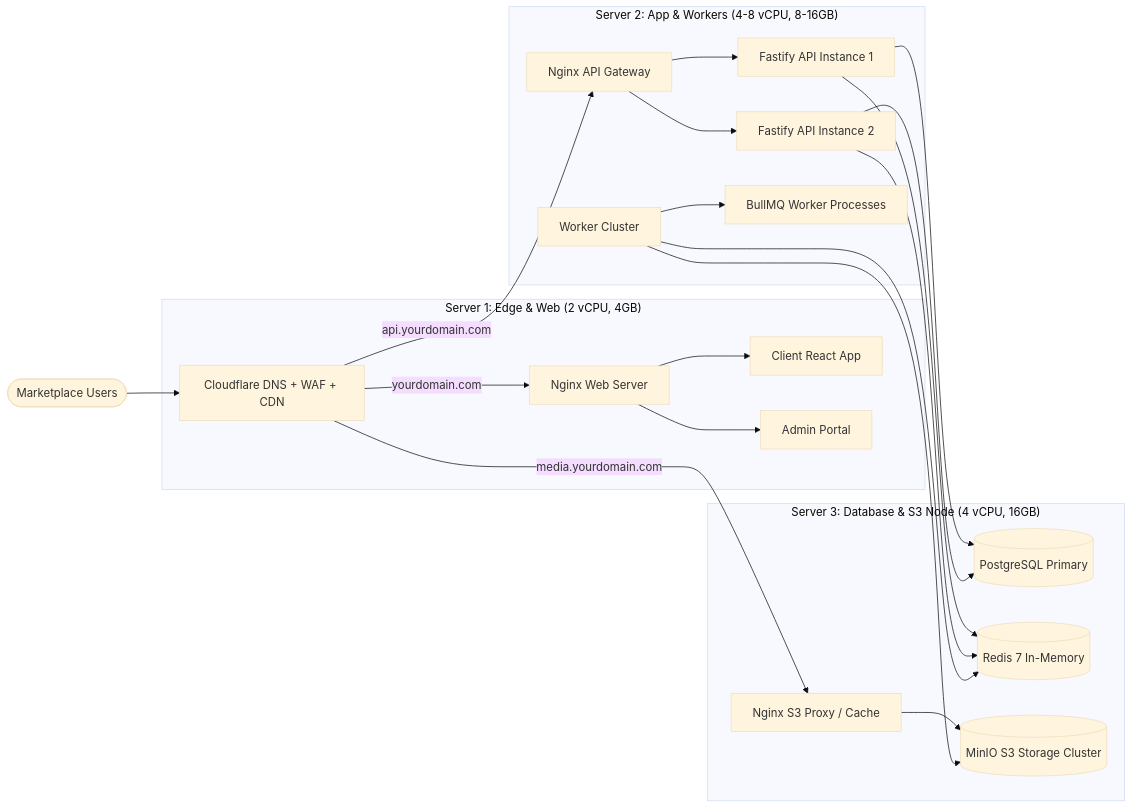
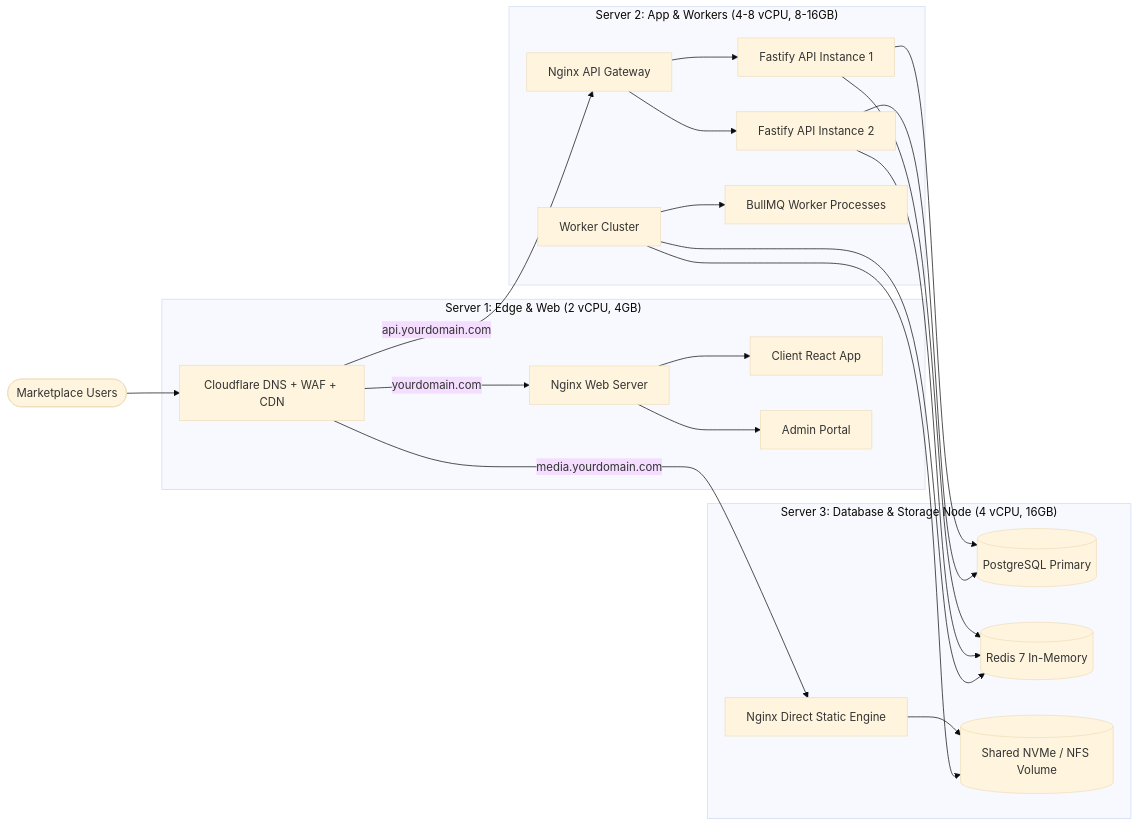
Before and after one commit to bnintelhub/olx: the second of 2 diagrams in docs/DEPLOYMENT_STRATEGY.md, drawn with Mermaid (base theme). The commit also changed other lines of this file and 79 other files, not shown here.

First line of the commit message:
feat(chat,media): optimize realtime chat, shared socket & media service

````diff
--- a/docs/DEPLOYMENT_STRATEGY.md
+++ b/docs/DEPLOYMENT_STRATEGY.md
@@ -75,32 +72,32 @@
 ```mermaid
 flowchart LR
     Users([Marketplace Users]) --> Cloudflare[Cloudflare DNS + WAF + CDN]
 
     subgraph NodeEdge["Server 1: Edge & Web (2 vCPU, 4GB)"]
         Cloudflare -->|yourdomain.com| EdgeNginx[Nginx Web Server]
         EdgeNginx --> WebApp[Client React App]
         EdgeNginx --> AdminApp[Admin Portal]
     end
 
     subgraph NodeApp["Server 2: App & Workers (4-8 vCPU, 8-16GB)"]
         Cloudflare -->|api.yourdomain.com| AppNginx[Nginx API Gateway]
         AppNginx --> API1[Fastify API Instance 1]
         AppNginx --> API2[Fastify API Instance 2]
         WorkerGroup[Worker Cluster] --> BullMQQueue[BullMQ Worker Processes]
     end
 
-    subgraph NodeData["Server 3: Database & S3 Node (4 vCPU, 16GB)"]
+    subgraph NodeData["Server 3: Database & Storage Node (4 vCPU, 16GB)"]
         PostgresDB[(PostgreSQL Primary)]
         RedisCluster[(Redis 7 In-Memory)]
-        MinIOCluster[(MinIO S3 Storage Cluster)]
-        Cloudflare -->|media.yourdomain.com| MediaNginx[Nginx S3 Proxy / Cache]
-        MediaNginx --> MinIOCluster
+        SharedStorage[(Shared NVMe / NFS Volume)]
+        Cloudflare -->|media.yourdomain.com| MediaNginx[Nginx Direct Static Engine]
+        MediaNginx --> SharedStorage
     end
 
     API1 --> PostgresDB
     API2 --> PostgresDB
     API1 --> RedisCluster
     API2 --> RedisCluster
     WorkerGroup --> RedisCluster
-    WorkerGroup --> MinIOCluster
+    WorkerGroup --> SharedStorage
 ```
````
